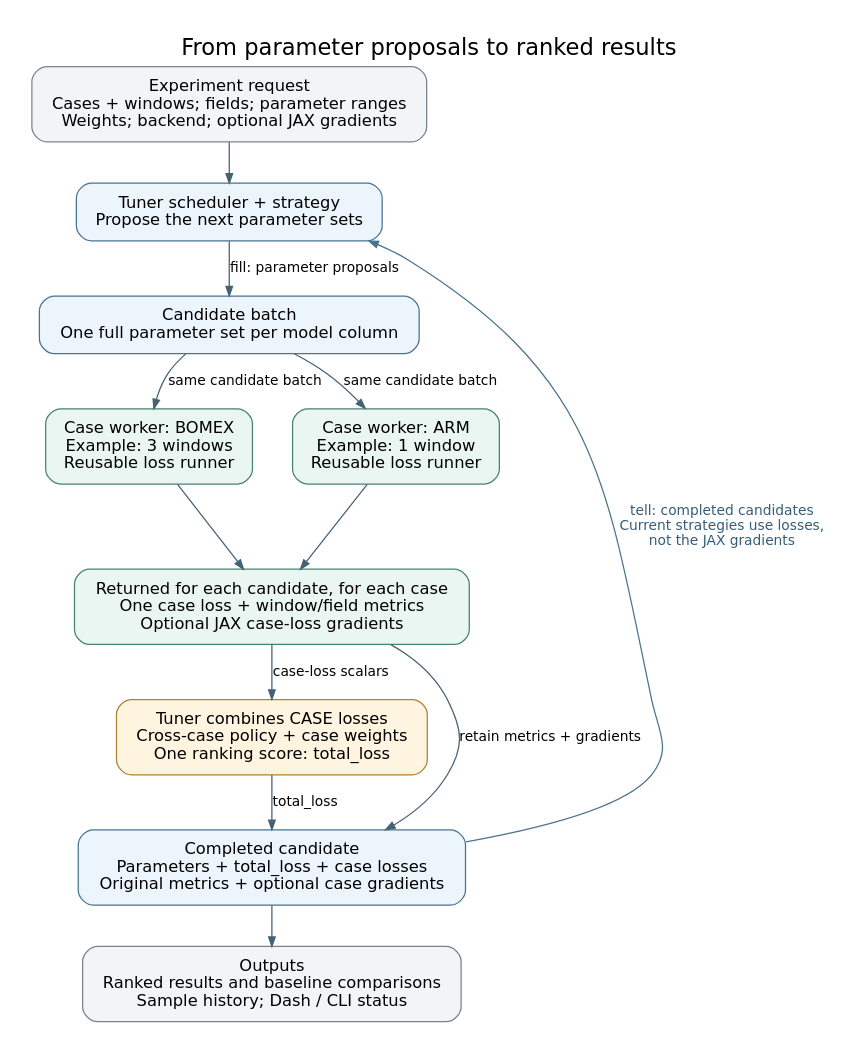
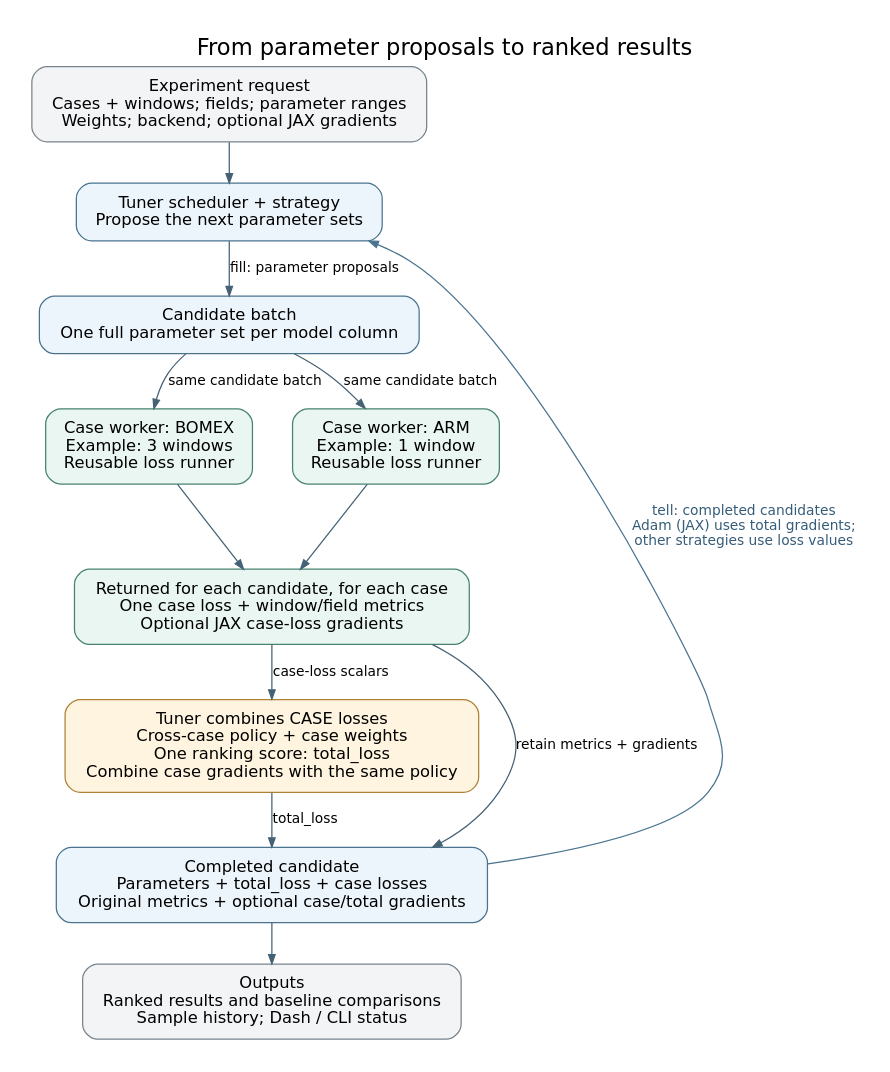
The diagram in tuner/diagrams/tuning_loop.dot (larson-group/clubb_release), drawn with Graphviz before and after one commit. The commit also changed 101 other files, not shown here.

First line of the commit message:
Add gradient Adam and simplify tuner algorithm registration (#1435)

```diff
--- a/tuner/diagrams/tuning_loop.dot
+++ b/tuner/diagrams/tuning_loop.dot
@@ -1,27 +1,27 @@
 // Information flow for one candidate batch, repeated until the strategy stops.
 digraph tuning_loop {
   graph [rankdir=TB, bgcolor="white", pad="0.25", nodesep="0.45", ranksep="0.45", fontname="DejaVu Sans", fontsize=18, label="From parameter proposals to ranked results", labelloc=t];
   node [shape=box, style="rounded,filled", fillcolor="#edf5fc", color="#49738f", fontname="DejaVu Sans", fontsize=13, margin="0.18,0.12"];
   edge [color="#456174", arrowsize=0.75, fontname="DejaVu Sans", fontsize=11];
   request [label="Experiment request\nCases + windows; fields; parameter ranges\nWeights; backend; optional JAX gradients", fillcolor="#f3f4f6", color="#78848d"];
   strategy [label="Tuner scheduler + strategy\nPropose the next parameter sets"];
   batch [label="Candidate batch\nOne full parameter set per model column"];
   case_a [label="Case worker: BOMEX\nExample: 3 windows\nReusable loss runner", fillcolor="#eaf6f1", color="#47836f"];
   case_b [label="Case worker: ARM\nExample: 1 window\nReusable loss runner", fillcolor="#eaf6f1", color="#47836f"];
   {rank=same; case_a; case_b;}
   returned [label="Returned for each candidate, for each case\nOne case loss + window/field metrics\nOptional JAX case-loss gradients", fillcolor="#eaf6f1", color="#47836f"];
-  combine [label="Tuner combines CASE losses\nCross-case policy + case weights\nOne ranking score: total_loss", fillcolor="#fff4df", color="#ae8236"];
-  completed [label="Completed candidate\nParameters + total_loss + case losses\nOriginal metrics + optional case gradients"];
+  combine [label="Tuner combines CASE losses\nCross-case policy + case weights\nOne ranking score: total_loss\nCombine case gradients with the same policy", fillcolor="#fff4df", color="#ae8236"];
+  completed [label="Completed candidate\nParameters + total_loss + case losses\nOriginal metrics + optional case/total gradients"];
   history [label="Outputs\nRanked results and baseline comparisons\nSample history; Dash / CLI status", fillcolor="#f3f4f6", color="#78848d"];
   request -> strategy;
   strategy -> batch [label="fill: parameter proposals"];
   batch -> case_a [label="same candidate batch"];
   batch -> case_b [label="same candidate batch"];
   case_a -> returned;
   case_b -> returned;
   returned -> combine [label="case-loss scalars"];
   combine -> completed [label="total_loss"];
   returned -> completed [label="retain metrics + gradients", constraint=false];
   completed -> history;
-  completed -> strategy [label="tell: completed candidates\nCurrent strategies use losses,\nnot the JAX gradients", constraint=false, color="#49738f", fontcolor="#355c78"];
+  completed -> strategy [label="tell: completed candidates\nAdam (JAX) uses total gradients;\nother strategies use loss values", constraint=false, color="#49738f", fontcolor="#355c78"];
 }
```
